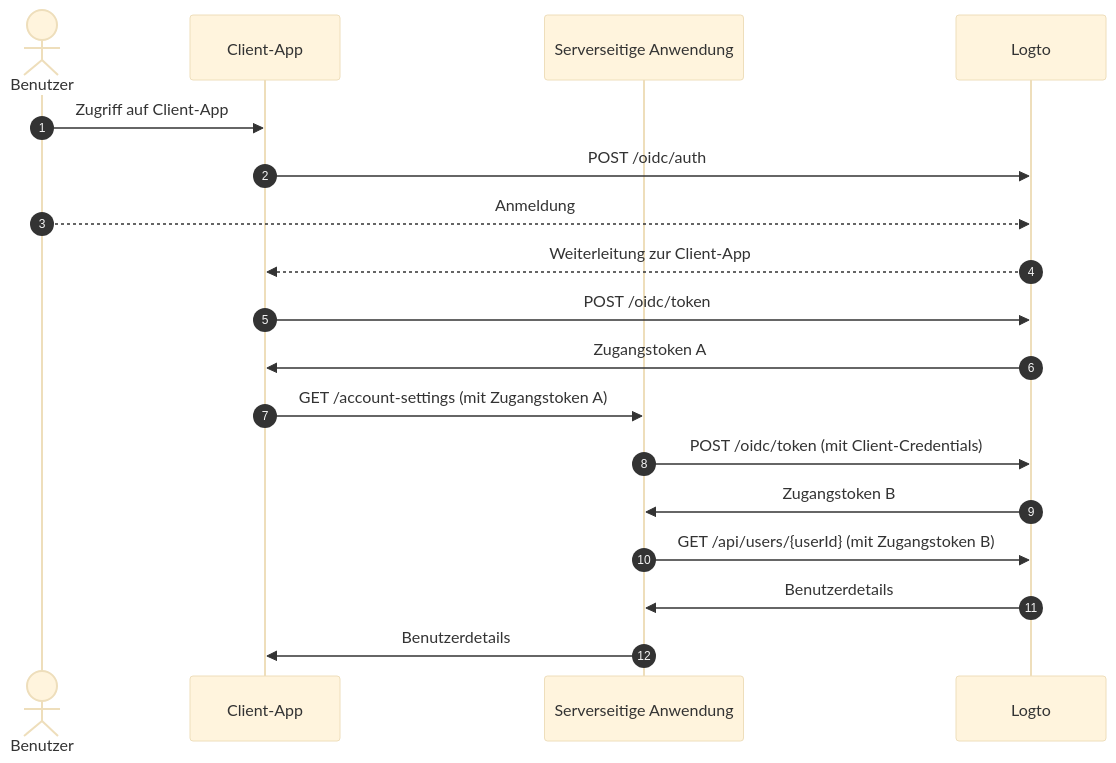
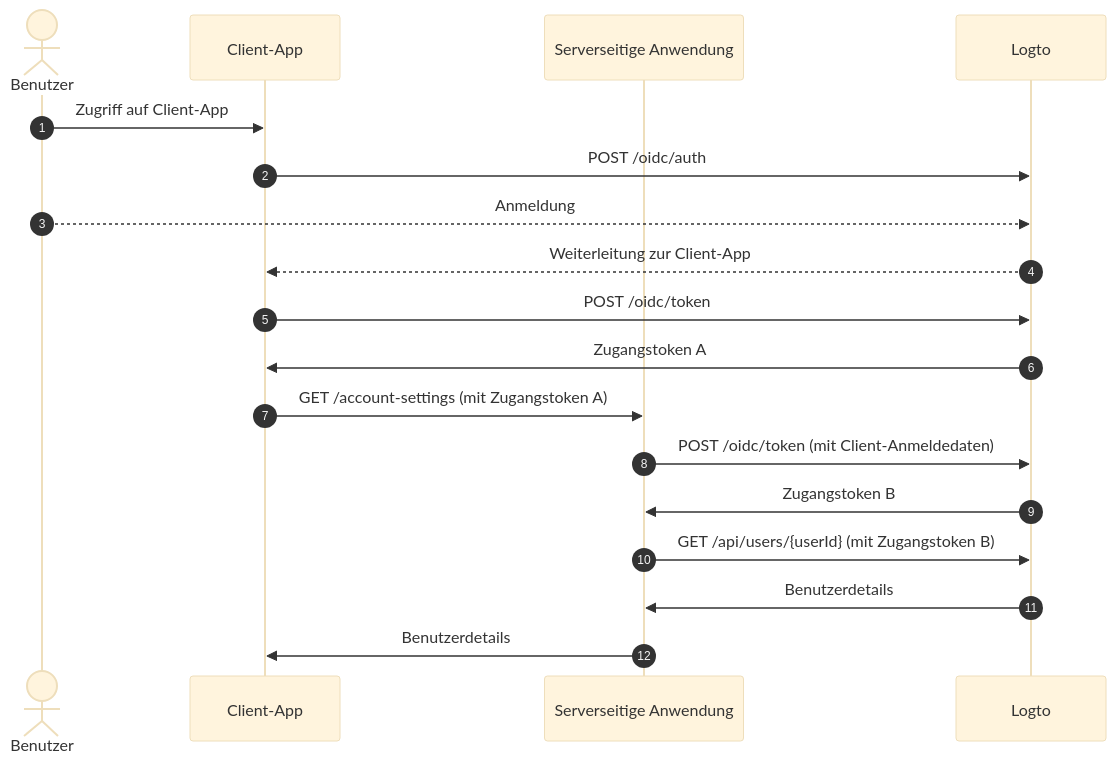
Before and after one commit to logto-io/docs: the second of 3 diagrams in i18n/de/docusaurus-plugin-content-docs/current/end-user-flows/account-settings/by-management-api.mdx, drawn with Mermaid (base theme). The commit also changed other lines of this file and 102 other files, not shown here.

````diff
--- a/i18n/de/docusaurus-plugin-content-docs/current/end-user-flows/account-settings/by-management-api.mdx
+++ b/i18n/de/docusaurus-plugin-content-docs/current/end-user-flows/account-settings/by-management-api.mdx
@@ -28,21 +27,21 @@
 ```mermaid
   sequenceDiagram
     autonumber
     actor User as Benutzer
     participant Client as Client-App
     participant Server as Serverseitige Anwendung
     participant Logto as Logto
 
     User ->> Client: Zugriff auf Client-App
     Client ->> Logto: POST /oidc/auth
     User -->> Logto: Anmeldung
     Logto -->> Client: Weiterleitung zur Client-App
     Client ->> Logto: POST /oidc/token
     Logto ->> Client: Zugangstoken A
     Client ->> Server: GET /account-settings (mit Zugangstoken A)
-    Server ->> Logto: POST /oidc/token (mit Client-Credentials)
+    Server ->> Logto: POST /oidc/token (mit Client-Anmeldedaten)
     Logto ->> Server: Zugangstoken B
     Server ->> Logto: GET /api/users/{userId} (mit Zugangstoken B)
     Logto ->> Server: Benutzerdetails
     Server ->> Client: Benutzerdetails
 ```
````
